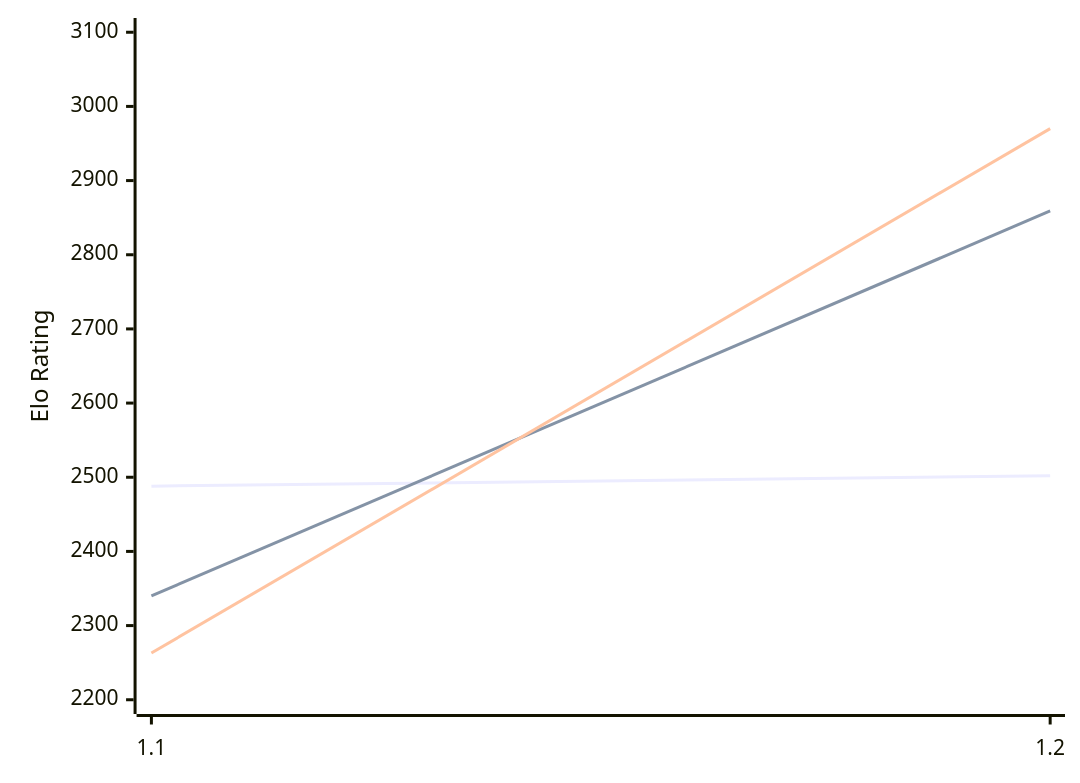
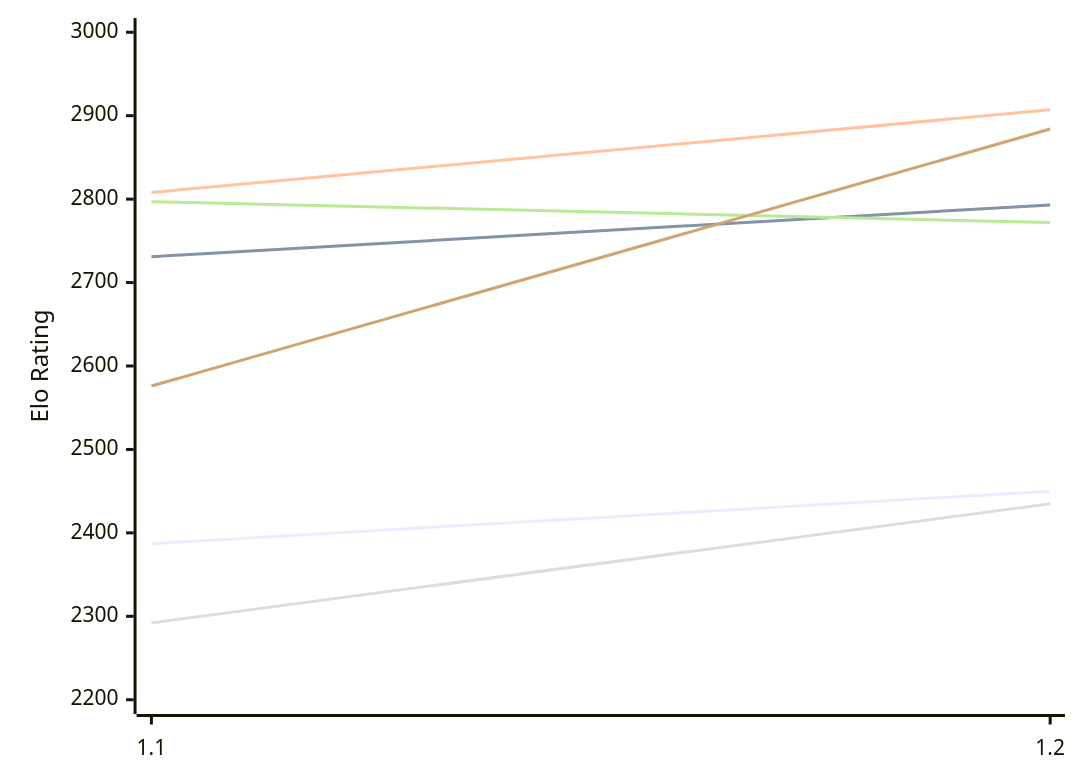
One commit to computer-chess-index/cci changed the first of 2 diagrams in engines/FoxChess.md. Above: the diagram before and after it, drawn with Mermaid. The commit also changed other lines of this file, not shown here.

Commit message:
Update CCI Ratings (ELO VLTC) - 2026-11-13

````diff
--- a/engines/FoxChess.md
+++ b/engines/FoxChess.md
@@ -51,12 +51,12 @@
 ```mermaid
 %%{init: {"theme":"base","themeVariables":{"seriesColors:['#a3a3a3','#222221','#faa371']}}}%%
 xychart-beta
   x-axis ["1.1", "1.2"]
-  y-axis "Elo Rating" 2200 --> 3100
-  line "E1: STC (8.0+0.08s)" [2488, 2502]
-  line "E1: LTC (60.0+0.60s)" [2340, 2859]
-  line "E1: VLTC (2m24s+1.12s)" [2263, 2970]
-  line "P1: STC (8.0+0.08s)" [2589]
-  line "P1: LTC (60.0+0.60s)" [2940]
-  line "P1: VLTC (2m24s+1.12s)" [3050]
+  y-axis "Elo Rating" 2200 --> 3000
+  line "E1: STC (8.0+0.08s)" [2387, 2450]
+  line "E1: LTC (60.0+0.60s)" [2731, 2793]
+  line "E1: VLTC (2m24s+1.12s)" [2808, 2907]
+  line "P1: STC (8.0+0.08s)" [2292, 2435]
+  line "P1: LTC (60.0+0.60s)" [2797, 2772]
+  line "P1: VLTC (2m24s+1.12s)" [2576, 2884]
 ```
````
